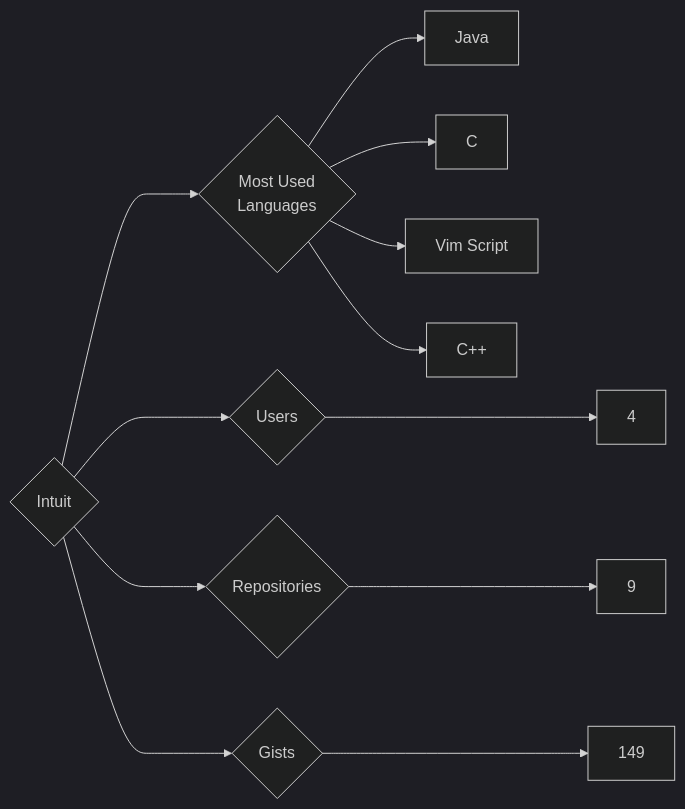
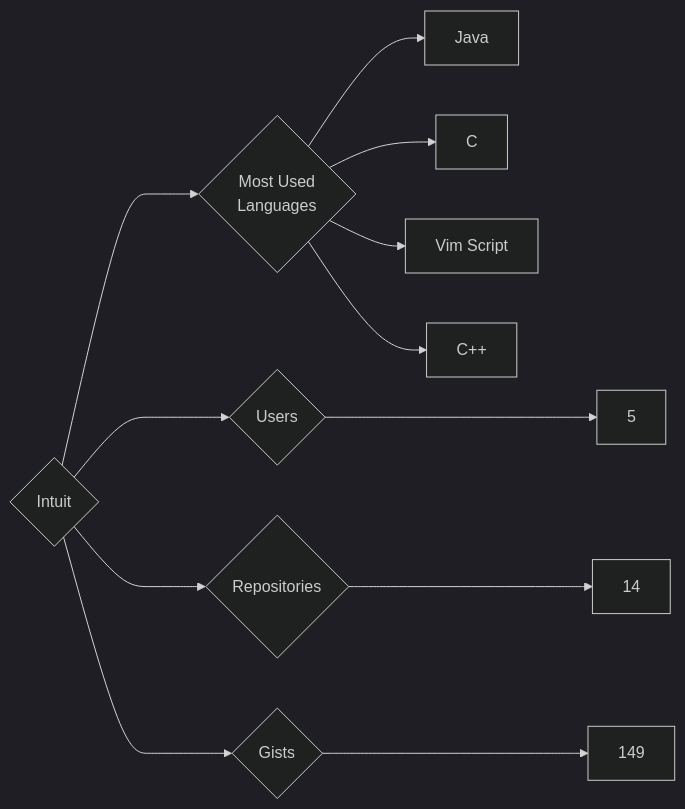
The diagram in targets/Intuit/README.md (trickest/insiders), drawn with Mermaid (dark theme) before and after one commit. The commit also changed 1092 other files, not shown here.

````diff
--- a/targets/Intuit/README.md
+++ b/targets/Intuit/README.md
@@ -3,12 +3,12 @@
 ```mermaid
 graph LR
 COMPANY_NAME{Intuit}
-COMPANY_NAME ---> U{Users} ---> UN[4]
-COMPANY_NAME ---> R{Repositories} ---> RN[9]
+COMPANY_NAME ---> U{Users} ---> UN[5]
+COMPANY_NAME ---> R{Repositories} ---> RN[14]
 COMPANY_NAME ---> G{Gists} ---> GN[149]
 COMPANY_NAME ---> ML{Most Used<br>Languages}
 ML --> Java[Java]
 ML --> C[C]
 ML --> Vim_Script[Vim Script]
 ML --> C++[C++]
 ```
````
